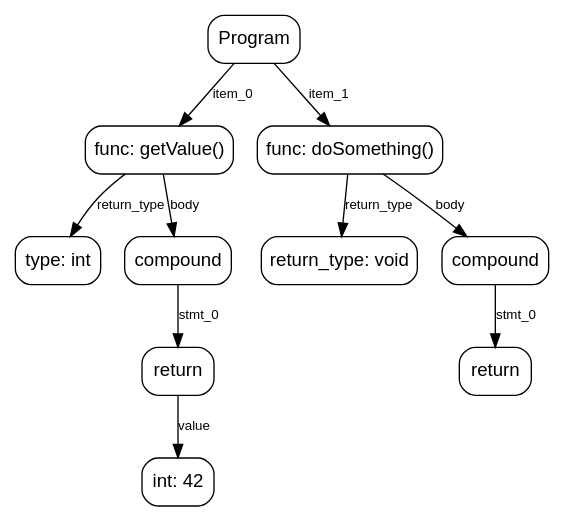
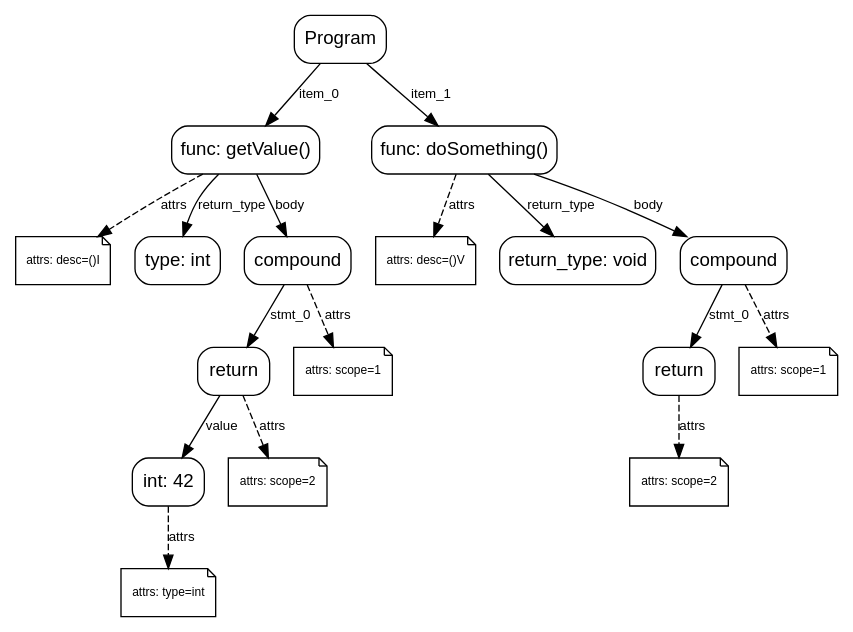
One commit to urnurii/d_language_compiler changed the diagram in full_parser/tests_syntax/test_results/test_return.dot. Above: the diagram before and after it, drawn with Graphviz. The commit also changed 107 other files, not shown here.

```diff
--- a/full_parser/tests_syntax/test_results/test_return.dot
+++ b/full_parser/tests_syntax/test_results/test_return.dot
@@ -1,26 +1,40 @@
 digraph AST {
     rankdir=TB;
     node [shape=box, style=rounded, fontname="Arial"];
     edge [fontname="Arial", fontsize=10];
 
     node_0 [label="Program"];
     node_1 [label="func: getValue()"];
-    node_2 [label="type: int"];
-    node_1 -> node_2 [label="return_type"];
-    node_3 [label="compound"];
-    node_4 [label="return"];
-    node_5 [label="int_lit"];
-    node_5 [label="int: 42"];
-    node_4 -> node_5 [label="value"];
-    node_3 -> node_4 [label="stmt_0"];
-    node_1 -> node_3 [label="body"];
+    node_2 [label="attrs: desc=()I", shape=note, fontsize=9];
+    node_1 -> node_2 [style=dashed, label="attrs"];
+    node_3 [label="type: int"];
+    node_1 -> node_3 [label="return_type"];
+    node_4 [label="compound"];
+    node_5 [label="return"];
+    node_6 [label="int_lit"];
+    node_6 [label="int: 42"];
+    node_7 [label="attrs: type=int", shape=note, fontsize=9];
+    node_6 -> node_7 [style=dashed, label="attrs"];
+    node_5 -> node_6 [label="value"];
+    node_8 [label="attrs: scope=2", shape=note, fontsize=9];
+    node_5 -> node_8 [style=dashed, label="attrs"];
+    node_4 -> node_5 [label="stmt_0"];
+    node_9 [label="attrs: scope=1", shape=note, fontsize=9];
+    node_4 -> node_9 [style=dashed, label="attrs"];
+    node_1 -> node_4 [label="body"];
     node_0 -> node_1 [label="item_0"];
-    node_6 [label="func: doSomething()"];
-    node_7 [label="return_type: void"];
-    node_6 -> node_7 [label="return_type"];
-    node_8 [label="compound"];
-    node_9 [label="return"];
-    node_8 -> node_9 [label="stmt_0"];
-    node_6 -> node_8 [label="body"];
-    node_0 -> node_6 [label="item_1"];
+    node_10 [label="func: doSomething()"];
+    node_11 [label="attrs: desc=()V", shape=note, fontsize=9];
+    node_10 -> node_11 [style=dashed, label="attrs"];
+    node_12 [label="return_type: void"];
+    node_10 -> node_12 [label="return_type"];
+    node_13 [label="compound"];
+    node_14 [label="return"];
+    node_15 [label="attrs: scope=2", shape=note, fontsize=9];
+    node_14 -> node_15 [style=dashed, label="attrs"];
+    node_13 -> node_14 [label="stmt_0"];
+    node_16 [label="attrs: scope=1", shape=note, fontsize=9];
+    node_13 -> node_16 [style=dashed, label="attrs"];
+    node_10 -> node_13 [label="body"];
+    node_0 -> node_10 [label="item_1"];
 }
```
